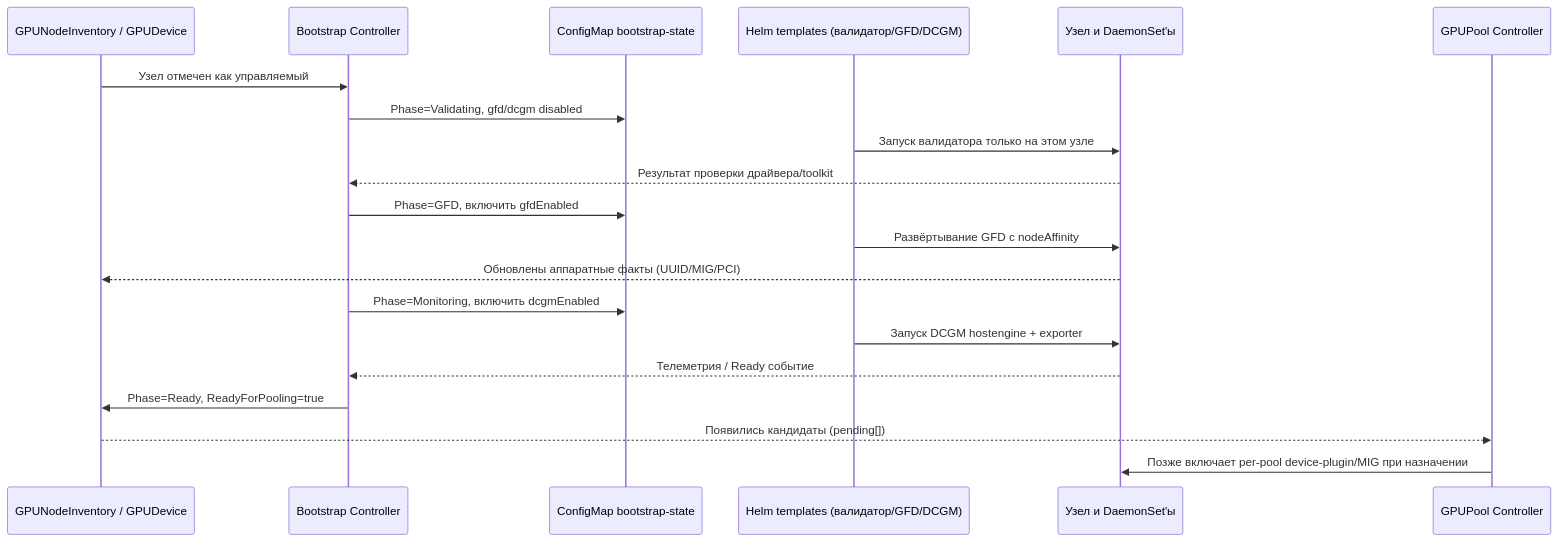
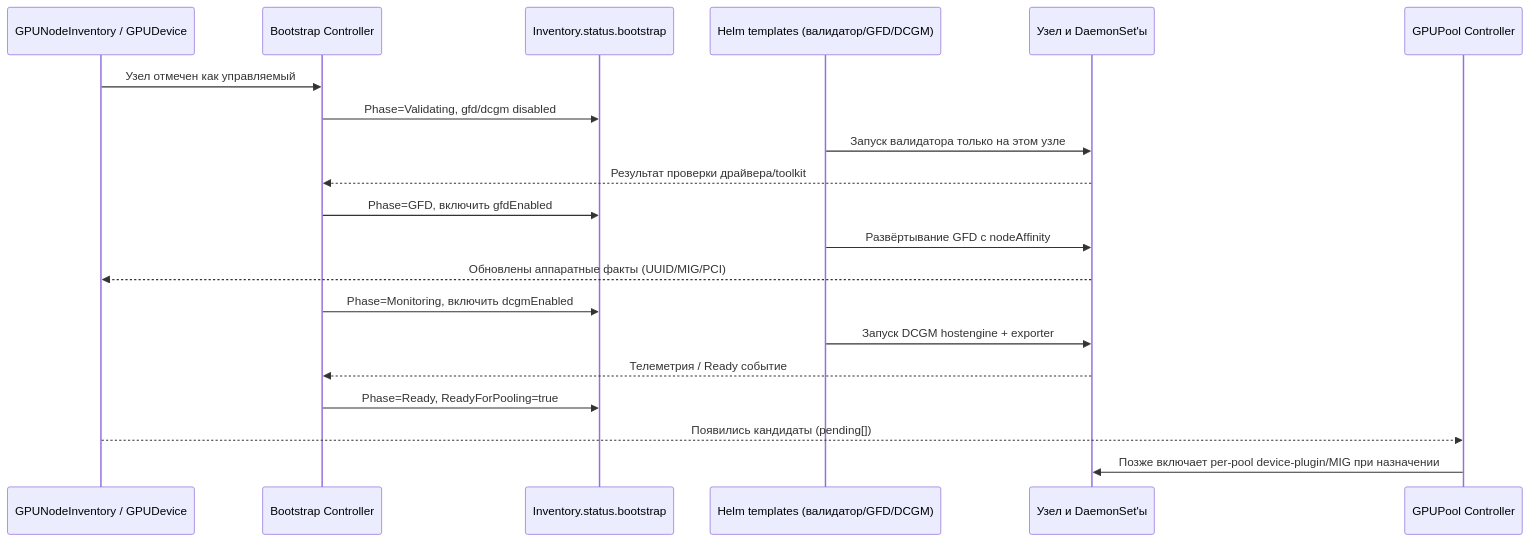
The third of 7 diagrams in docs/adr/ADR-gpu-control-plane.ru.md (aleksandr-podmoskovniy/gpu-control-plane), drawn with Mermaid before and after one commit. The commit also changed other lines of this file and 36 other files, not shown here.

````diff
--- a/docs/adr/ADR-gpu-control-plane.ru.md
+++ b/docs/adr/ADR-gpu-control-plane.ru.md
@@ -520,22 +541,22 @@
 ```mermaid
 sequenceDiagram
     participant Inv as GPUNodeInventory / GPUDevice
     participant Boot as Bootstrap Controller
-    participant CM as ConfigMap bootstrap-state
+    participant State as Inventory.status.bootstrap
     participant Helm as Helm templates (валидатор/GFD/DCGM)
     participant Node as Узел и DaemonSet'ы
     participant Pool as GPUPool Controller
     Inv->>Boot: Узел отмечен как управляемый
-    Boot->>CM: Phase=Validating, gfd/dcgm disabled
+    Boot->>State: Phase=Validating, gfd/dcgm disabled
     Helm->>Node: Запуск валидатора только на этом узле
     Node-->>Boot: Результат проверки драйвера/toolkit
-    Boot->>CM: Phase=GFD, включить gfdEnabled
+    Boot->>State: Phase=GFD, включить gfdEnabled
     Helm->>Node: Развёртывание GFD с nodeAffinity
     Node-->>Inv: Обновлены аппаратные факты (UUID/MIG/PCI)
-    Boot->>CM: Phase=Monitoring, включить dcgmEnabled
+    Boot->>State: Phase=Monitoring, включить dcgmEnabled
     Helm->>Node: Запуск DCGM hostengine + exporter
     Node-->>Boot: Телеметрия / Ready событие
-    Boot->>Inv: Phase=Ready, ReadyForPooling=true
+    Boot->>State: Phase=Ready, ReadyForPooling=true
     Inv-->>Pool: Появились кандидаты (pending[])
     Pool->>Node: Позже включает per-pool device-plugin/MIG при назначении
 ```
````
